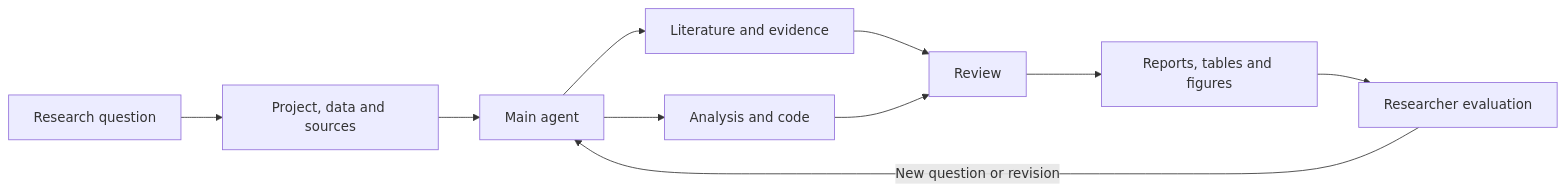
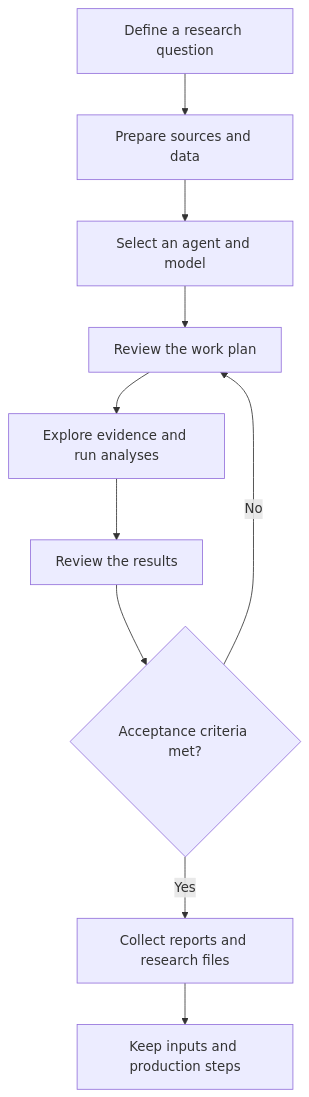
One commit to Ho3seinTork/Parsian_Science changed the second of 2 diagrams in README.md. Above: the diagram before and after it, drawn with Mermaid. The commit also changed other lines of this file, not shown here.

````diff
--- a/README.md
+++ b/README.md
@@ -132,12 +644,12 @@
 ```mermaid
-flowchart LR
-    Q["Research question"] --> P["Project, data and sources"]
-    P --> A["Main agent"]
-    A --> L["Literature and evidence"]
-    A --> N["Analysis and code"]
-    L --> R["Review"]
-    N --> R
-    R --> O["Reports, tables and figures"]
-    O --> H["Researcher evaluation"]
-    H -->|New question or revision| A
+flowchart TD
+    A["Define a research question"] --> B["Prepare sources and data"]
+    B --> C["Select an agent and model"]
+    C --> D["Review the work plan"]
+    D --> E["Explore evidence and run analyses"]
+    E --> F["Review the results"]
+    F --> G{"Acceptance criteria met?"}
+    G -->|No| D
+    G -->|Yes| H["Collect reports and research files"]
+    H --> I["Keep inputs and production steps"]
 ```
````
